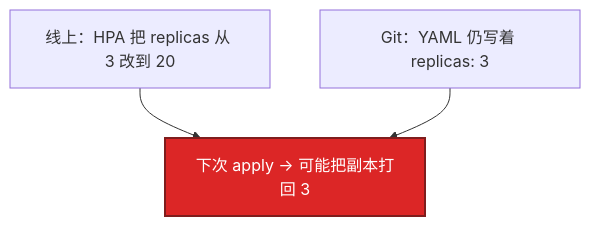
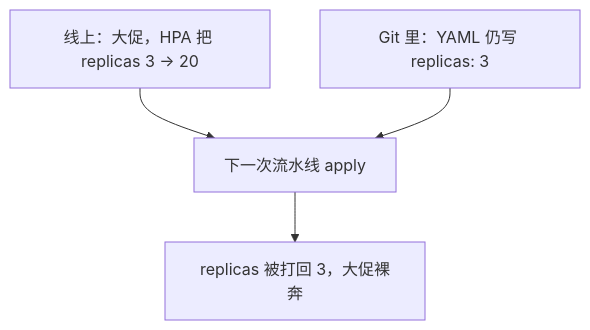
One commit to ml-cuizijun/LearnToLilith changed the sixth of 7 diagrams in 03-Kubernetes/05-工作负载控制器/知识点.md. Above: the diagram before and after it, drawn with Mermaid. The commit also changed other lines of this file and 470 other files, not shown here.

````diff
--- a/03-Kubernetes/05-工作负载控制器/知识点.md
+++ b/03-Kubernetes/05-工作负载控制器/知识点.md
@@ -554,10 +409,6 @@
 ```mermaid
 flowchart TB
-    hpa[线上：HPA 把 replicas 从 3 改到 20]
-    git[Git：YAML 仍写着 replicas: 3]
-    hpa --> apply
-    git --> apply[下次 apply → 可能把副本打回 3]
-
-    classDef bad fill:#DC2626,stroke:#7F1D1D,stroke-width:2px,color:#fff
-    class apply bad
+    H["线上：大促，HPA 把 replicas 3 → 20"] --> A["下一次流水线 apply"]
+    G["Git 里：YAML 仍写 replicas: 3"] --> A
+    A --> R["replicas 被打回 3，大促裸奔"]
 ```
````
